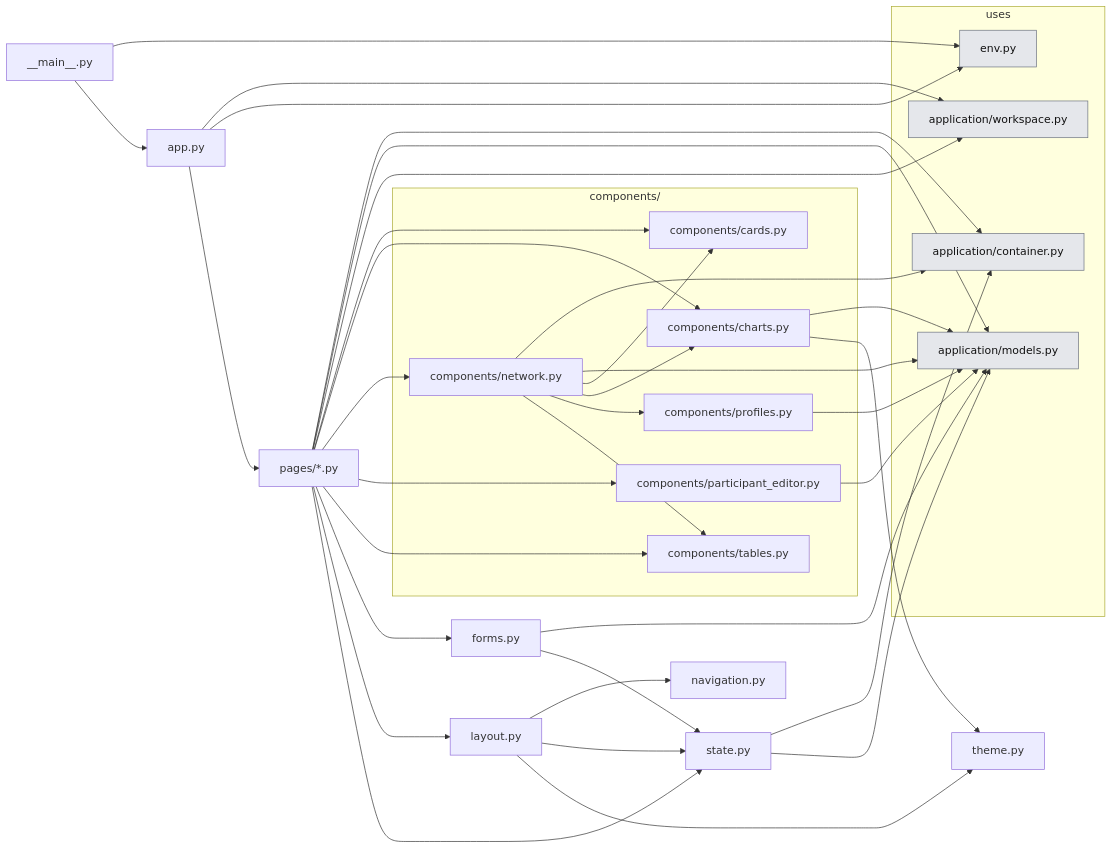
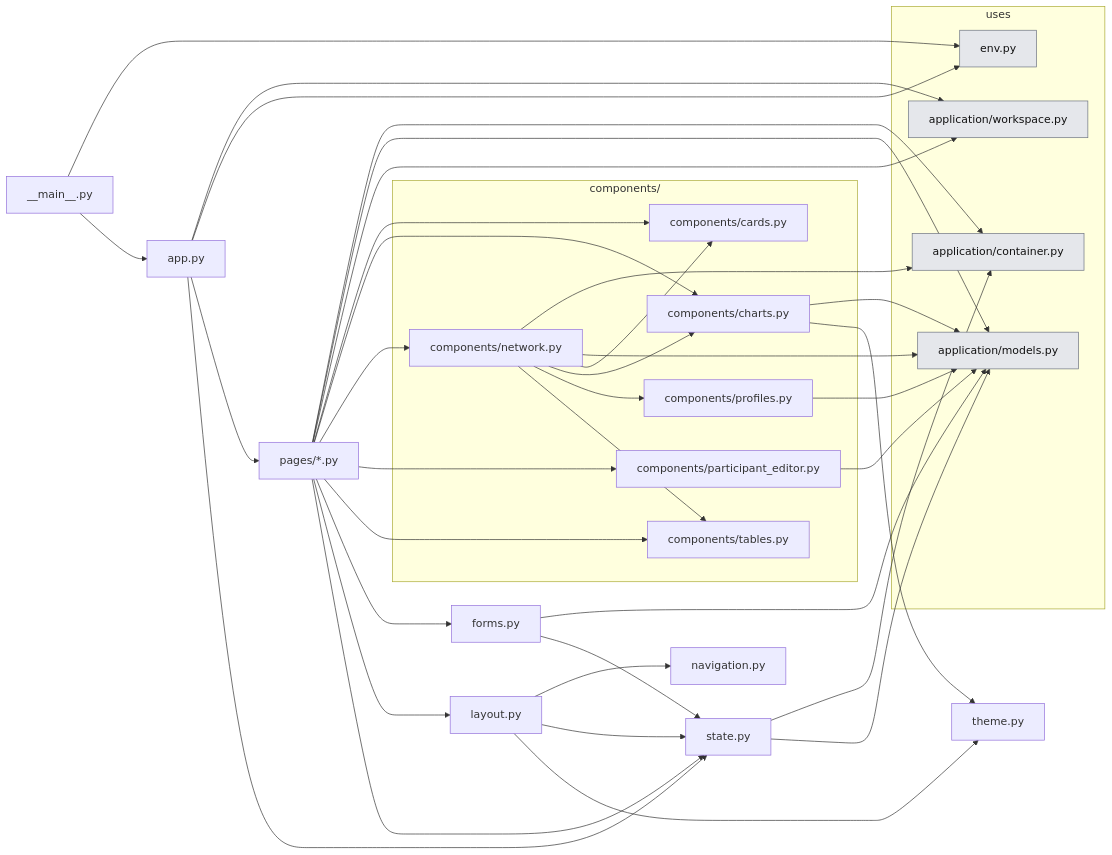
Before and after one commit to KevinRapo/P2P-thesis: the second of 3 diagrams in docs_thesis/thesis/architecture/05-presentation.md, drawn with Mermaid.

Commit message:
docs: regenerate the Studio import graph (app.py imports state)

````diff
--- a/docs_thesis/thesis/architecture/05-presentation.md
+++ b/docs_thesis/thesis/architecture/05-presentation.md
@@ -50,59 +50,60 @@
 ```mermaid
 flowchart LR
   n_studio___main__["__main__.py"]
   n_studio_app["app.py"]
   n_studio_forms["forms.py"]
   n_studio_layout["layout.py"]
   n_studio_navigation["navigation.py"]
   n_studio_pages__["pages/*.py"]
   n_studio_state["state.py"]
   n_studio_theme["theme.py"]
   subgraph g_components["components/"]
     n_studio_components_cards["components/cards.py"]
     n_studio_components_charts["components/charts.py"]
     n_studio_components_network["components/network.py"]
     n_studio_components_participant_editor["components/participant_editor.py"]
     n_studio_components_profiles["components/profiles.py"]
     n_studio_components_tables["components/tables.py"]
   end
   subgraph USES["uses"]
     n_application_container["application/container.py"]:::ext
     n_application_models["application/models.py"]:::ext
     n_application_workspace["application/workspace.py"]:::ext
     n_env["env.py"]:::ext
   end
   n_studio___main__ --> n_env
   n_studio___main__ --> n_studio_app
   n_studio_app --> n_application_workspace
   n_studio_app --> n_env
   n_studio_app --> n_studio_pages__
+  n_studio_app --> n_studio_state
   n_studio_components_charts --> n_application_models
   n_studio_components_charts --> n_studio_theme
   n_studio_components_network --> n_application_container
   n_studio_components_network --> n_application_models
   n_studio_components_network --> n_studio_components_cards
   n_studio_components_network --> n_studio_components_charts
   n_studio_components_network --> n_studio_components_profiles
   n_studio_components_network --> n_studio_components_tables
   n_studio_components_participant_editor --> n_application_models
   n_studio_components_profiles --> n_application_models
   n_studio_forms --> n_application_models
   n_studio_forms --> n_studio_state
   n_studio_layout --> n_studio_navigation
   n_studio_layout --> n_studio_state
   n_studio_layout --> n_studio_theme
   n_studio_pages__ --> n_application_container
   n_studio_pages__ --> n_application_models
   n_studio_pages__ --> n_application_workspace
   n_studio_pages__ --> n_studio_components_cards
   n_studio_pages__ --> n_studio_components_charts
   n_studio_pages__ --> n_studio_components_network
   n_studio_pages__ --> n_studio_components_participant_editor
   n_studio_pages__ --> n_studio_components_tables
   n_studio_pages__ --> n_studio_forms
   n_studio_pages__ --> n_studio_layout
   n_studio_pages__ --> n_studio_state
   n_studio_state --> n_application_container
   n_studio_state --> n_application_models
   classDef ext fill:#e5e7eb,stroke:#6b7280,color:#111
 ```
````
